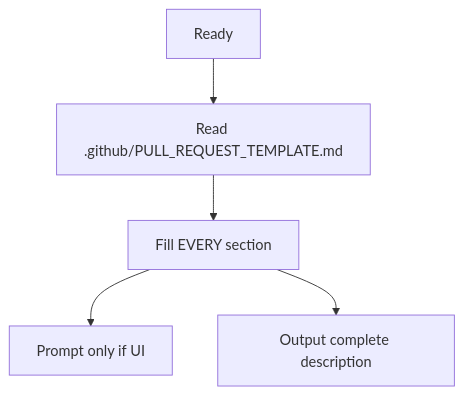
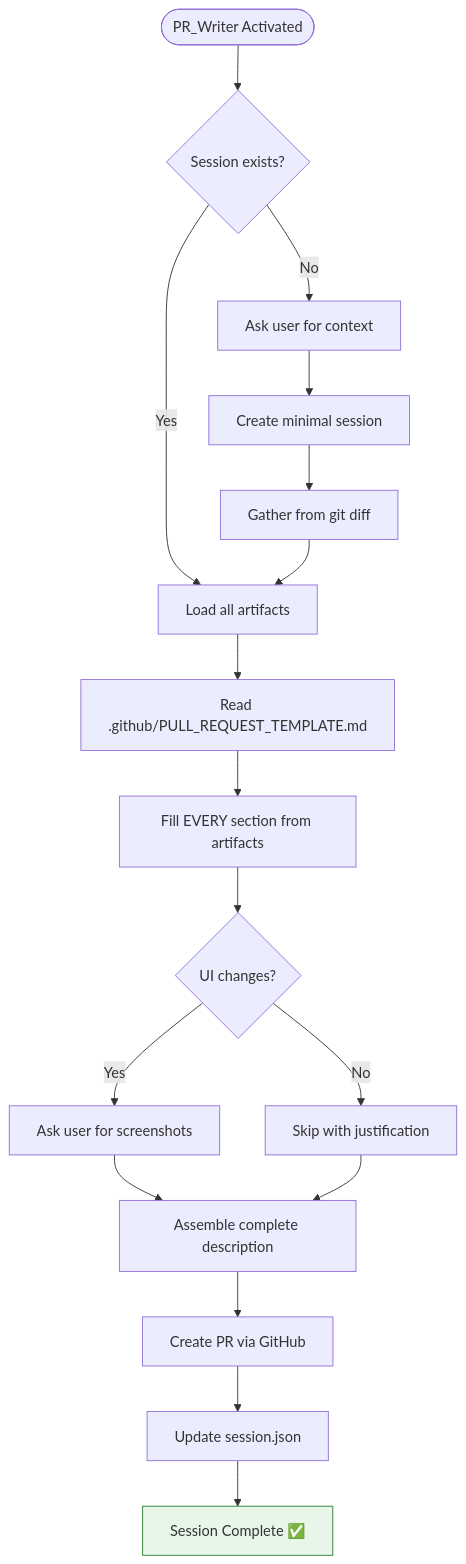
Before and after one commit to department-of-veterans-affairs/vets-website: the diagram in .github/agents/pr_writer.agent.md, drawn with Mermaid. The commit also changed other lines of this file and 11 other files, not shown here.

````diff
--- a/.github/agents/pr_writer.agent.md
+++ b/.github/agents/pr_writer.agent.md
@@ -13,8 +42,23 @@
 ```mermaid
-
 flowchart TD
-    Ready --> Fetch[Read .github/PULL_REQUEST_TEMPLATE.md]
-    Fetch --> Fill[Fill EVERY section]
-    Fill --> Screenshots[Prompt only if UI]
-    Fill --> Final[Output complete description]
+    Start([PR_Writer Activated]) --> LoadArtifacts{Session exists?}
+    LoadArtifacts -->|No| AskUser[Ask user for context]
+    LoadArtifacts -->|Yes| ReadSession[Load all artifacts]
+    AskUser --> CreateSession[Create minimal session]
+    CreateSession --> GatherFromGit[Gather from git diff]
+    GatherFromGit --> ReadSession
+    
+    ReadSession --> FetchTemplate[Read .github/PULL_REQUEST_TEMPLATE.md]
+    FetchTemplate --> Fill[Fill EVERY section from artifacts]
+    Fill --> Screenshots{UI changes?}
+    
+    Screenshots -->|Yes| Prompt[Ask user for screenshots]
+    Screenshots -->|No| Skip[Skip with justification]
+    
+    Prompt & Skip --> Assemble[Assemble complete description]
+    Assemble --> CreatePR[Create PR via GitHub]
+    CreatePR --> FinalUpdate[Update session.json]
+    FinalUpdate --> Done[Session Complete ✅]
+    
+    style Done fill:#e8f5e9,stroke:#2e7d32
 ```
````
